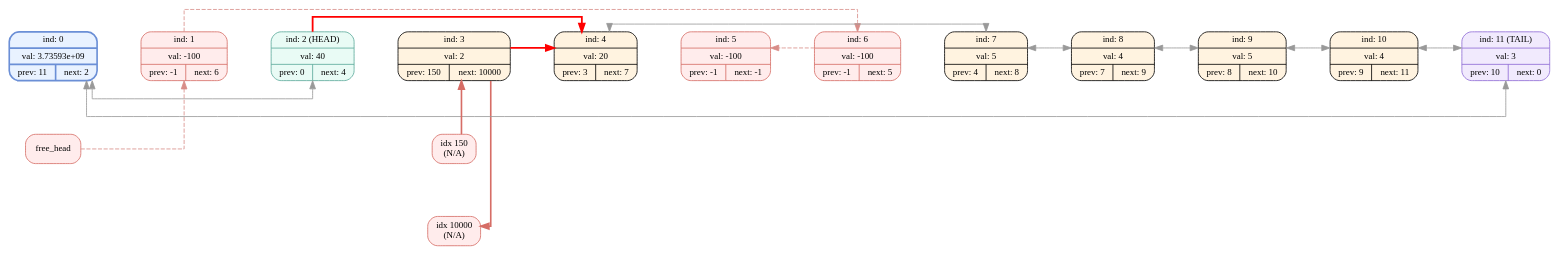
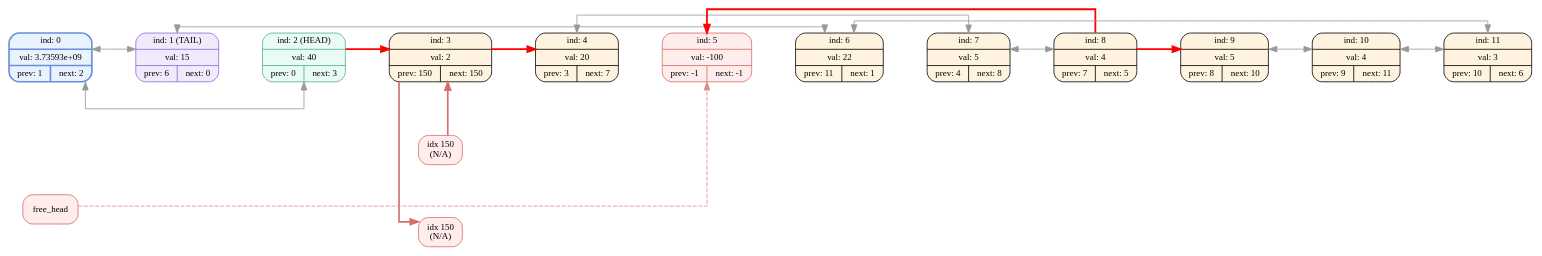
Before and after one commit to EvilTomato9890/DEAD_List: the diagram in dumps/dump_008.dot, drawn with Graphviz. The commit also changed 20 other files, not shown here.

```diff
--- a/dumps/dump_008.dot
+++ b/dumps/dump_008.dot
@@ -1,51 +1,52 @@
 digraph G{
   rankdir=LR;
   splines=ortho;
   nodesep=0.9;
   ranksep=0.75;
   node [fontname="Fira Mono",shape=record,style="filled,rounded",fontsize=11];
-  node_0[shape=record,label="ind: 0 | val: 3.73593e+09 | { prev: 11 | next: 2 }",color="#6b8fd6",style="filled,bold,rounded",fillcolor="#e9f2ff"];
-  node_1[shape=record,label=" ind: 1 | val: -100 | { prev: -1 | next: 6 } ",style="filled,rounded",color="#d66d66",fillcolor="#ffecec"];
-  node_2[shape=record,label=" ind: 2 (HEAD) | val: 40 | { prev: 0 | next: 4 } ",color="#5aa99b",fillcolor="#e9fbf5"];
-  node_3[shape=record,label=" ind: 3 | val: 2 | { prev: 150 | next: 10000 } ",color="#000000",fillcolor="#fff3e0"];
+  node_0[shape=record,label="ind: 0 | val: 3.73593e+09 | { prev: 1 | next: 2 }",color="#6b8fd6",style="filled,bold,rounded",fillcolor="#e9f2ff"];
+  node_1[shape=record,label=" ind: 1 (TAIL) | val: 15 | { prev: 6 | next: 0 } ",color="#8e6bd6",fillcolor="#f1eafd"];
+  node_2[shape=record,label=" ind: 2 (HEAD) | val: 40 | { prev: 0 | next: 3 } ",color="#5aa99b",fillcolor="#e9fbf5"];
+  node_3[shape=record,label=" ind: 3 | val: 2 | { prev: 150 | next: 150 } ",color="#000000",fillcolor="#fff3e0"];
   node_4[shape=record,label=" ind: 4 | val: 20 | { prev: 3 | next: 7 } ",color="#000000",fillcolor="#fff3e0"];
   node_5[shape=record,label=" ind: 5 | val: -100 | { prev: -1 | next: -1 } ",style="filled,rounded",color="#d66d66",fillcolor="#ffecec"];
-  node_6[shape=record,label=" ind: 6 | val: -100 | { prev: -1 | next: 5 } ",style="filled,rounded",color="#d66d66",fillcolor="#ffecec"];
+  node_6[shape=record,label=" ind: 6 | val: 22 | { prev: 11 | next: 1 } ",color="#000000",fillcolor="#fff3e0"];
   node_7[shape=record,label=" ind: 7 | val: 5 | { prev: 4 | next: 8 } ",color="#000000",fillcolor="#fff3e0"];
-  node_8[shape=record,label=" ind: 8 | val: 4 | { prev: 7 | next: 9 } ",color="#000000",fillcolor="#fff3e0"];
+  node_8[shape=record,label=" ind: 8 | val: 4 | { prev: 7 | next: 5 } ",color="#000000",fillcolor="#fff3e0"];
   node_9[shape=record,label=" ind: 9 | val: 5 | { prev: 8 | next: 10 } ",color="#000000",fillcolor="#fff3e0"];
   node_10[shape=record,label=" ind: 10 | val: 4 | { prev: 9 | next: 11 } ",color="#000000",fillcolor="#fff3e0"];
-  node_11[shape=record,label=" ind: 11 (TAIL) | val: 3 | { prev: 10 | next: 0 } ",color="#8e6bd6",fillcolor="#f1eafd"];
+  node_11[shape=record,label=" ind: 11 | val: 3 | { prev: 10 | next: 6 } ",color="#000000",fillcolor="#fff3e0"];
   node_0 -> node_1 [weight=1000,style=invis];
   node_1 -> node_2 [weight=1000,style=invis];
   node_2 -> node_3 [weight=1000,style=invis];
   node_3 -> node_4 [weight=1000,style=invis];
   node_4 -> node_5 [weight=1000,style=invis];
   node_5 -> node_6 [weight=1000,style=invis];
   node_6 -> node_7 [weight=1000,style=invis];
   node_7 -> node_8 [weight=1000,style=invis];
   node_8 -> node_9 [weight=1000,style=invis];
   node_9 -> node_10 [weight=1000,style=invis];
   node_10 -> node_11 [weight=1000,style=invis];
-  node_1 -> node_6 [color="#d88d88", style=dashed, constraint=false];
-  node_6 -> node_5 [color="#d88d88", style=dashed, constraint=false];
   node_0 -> node_2 [dir=both, color="#999999", constraint=false];
-  node_2 -> node_4 [color="#ff0000", penwidth=2.2, constraint=false];
-  node_bad_n_3 [label="idx 10000\n(N/A)",shape=rectangle,style="filled,rounded",color="#d66d66",fillcolor="#ffecec"];
+  node_1 -> node_0 [dir=both, color="#999999", constraint=false];
+  node_2 -> node_3 [color="#ff0000", penwidth=2.2, constraint=false];
+  node_bad_n_3 [label="idx 150\n(N/A)",shape=rectangle,style="filled,rounded",color="#d66d66",fillcolor="#ffecec"];
   node_3 -> node_bad_n_3 [style="bold", color="#d66d66", constraint=false];
   node_3 -> node_bad_n_3 [style=invis, constraint=true, weight=60, minlen=1];
   {rank=same; node_3; node_bad_n_3;}
   node_4 -> node_7 [dir=both, color="#999999", constraint=false];
+  node_6 -> node_1 [dir=both, color="#999999", constraint=false];
   node_7 -> node_8 [dir=both, color="#999999", constraint=false];
-  node_8 -> node_9 [dir=both, color="#999999", constraint=false];
+  node_8 -> node_5 [color="#ff0000", penwidth=2.2, constraint=false];
   node_9 -> node_10 [dir=both, color="#999999", constraint=false];
   node_10 -> node_11 [dir=both, color="#999999", constraint=false];
-  node_11 -> node_0 [dir=both, color="#999999", constraint=false];
+  node_11 -> node_6 [dir=both, color="#999999", constraint=false];
   node_bad_p_3 [label="idx 150\n(N/A)",shape=rectangle,style="filled,rounded",color="#d66d66",fillcolor="#ffecec"];
   node_bad_p_3 -> node_3 [style="bold", color="#d66d66", constraint=false];
   node_3 -> node_bad_p_3 [style=invis, constraint=true, weight=60, minlen=1];
   {rank=same; node_3; node_bad_p_3;}
   node_3 -> node_4 [color="#ff0000", penwidth=2.2, constraint=false];
+  node_8 -> node_9 [color="#ff0000", penwidth=2.2, constraint=false];
   node_free [label=free_head,color="#d66d66",shape=rectangle,style="filled,rounded",fillcolor="#ffecec"];
-  node_free -> node_1 [color="#d88d88", style=dashed, constraint=false];
+  node_free -> node_5 [color="#d88d88", style=dashed, constraint=false];
 }
```
